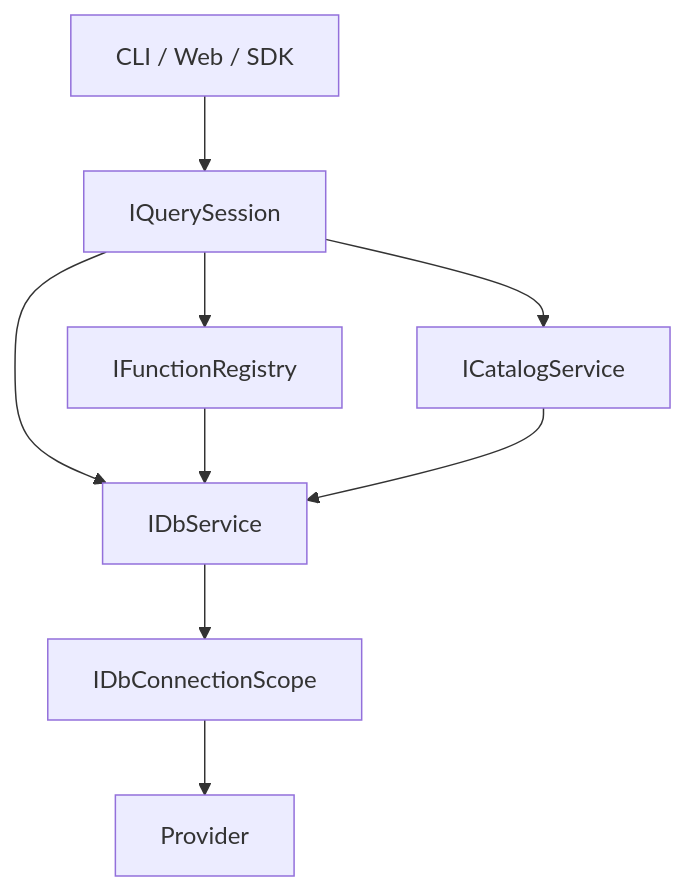
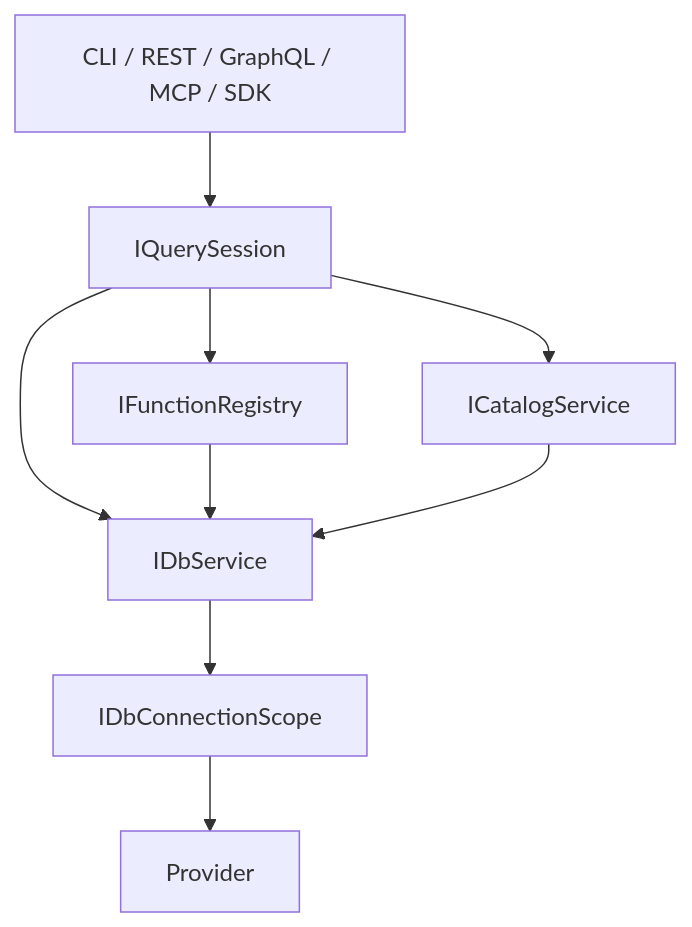
The diagram in docs/architecture/layers.md (sjvann/DBServices), drawn with Mermaid before and after one commit. The commit also changed other lines of this file and 17 other files, not shown here.

First line of the commit message:
docs: 補上已完成的 MCP 唯讀資料平面與 GraphQL

````diff
--- a/docs/architecture/layers.md
+++ b/docs/architecture/layers.md
@@ -10,19 +12,19 @@
 ```mermaid
 flowchart TD
-  clients[CLI / Web / SDK]
+  clients[CLI / REST / GraphQL / MCP / SDK]
   session[IQuerySession]
   fn[IFunctionRegistry]
   cat[ICatalogService]
   crud[IDbService]
   scope[IDbConnectionScope]
   prov[Provider]
 
   clients --> session
   session --> fn
   session --> cat
   session --> crud
   fn --> crud
   cat --> crud
   crud --> scope
   scope --> prov
 ```
````
